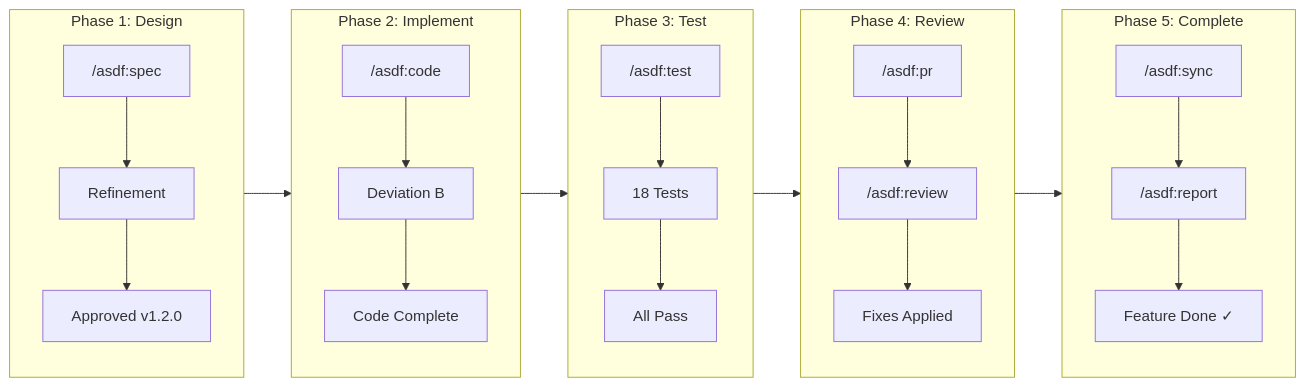
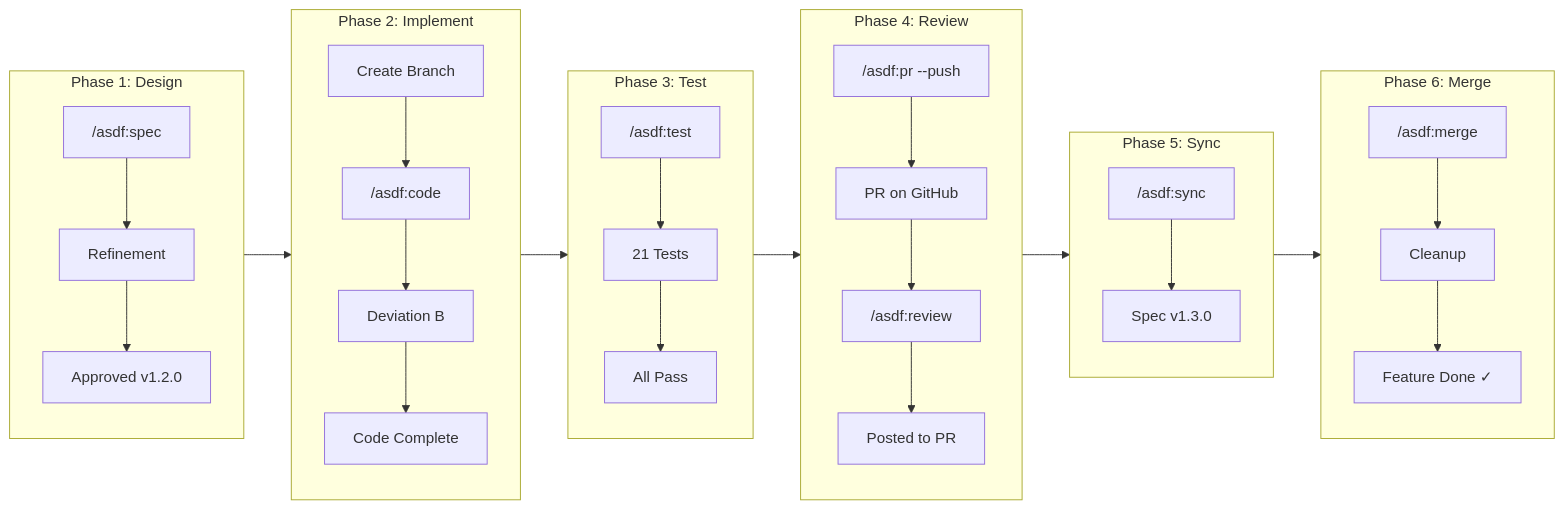
Before and after one commit to hoangtrung1801/claudekit-engineer: the diagram in astraler-sdlc/asdf-framework/case-studies/05-feature-lifecycle.md, drawn with Mermaid. The commit also changed other lines of this file and 20 other files, not shown here.

Commit message:
feat: Introduce `merge`, `config`, `guardian`, and `version` commands, update command flows, agent definitions, and case studies for enhanced Git and pipeline workflows.

````diff
--- a/astraler-sdlc/asdf-framework/case-studies/05-feature-lifecycle.md
+++ b/astraler-sdlc/asdf-framework/case-studies/05-feature-lifecycle.md
@@ -11,29 +11,35 @@
 ```mermaid
 flowchart LR
     subgraph Phase1["Phase 1: Design"]
         A["/asdf:spec"] --> B["Refinement"]
         B --> C["Approved v1.2.0"]
     end
 
     subgraph Phase2["Phase 2: Implement"]
-        D["/asdf:code"] --> E["Deviation B"]
-        E --> F["Code Complete"]
+        D["Create Branch"] --> E["/asdf:code"]
+        E --> F["Deviation B"]
+        F --> G["Code Complete"]
     end
 
     subgraph Phase3["Phase 3: Test"]
-        G["/asdf:test"] --> H["18 Tests"]
-        H --> I["All Pass"]
+        H["/asdf:test"] --> I["21 Tests"]
+        I --> J["All Pass"]
     end
 
     subgraph Phase4["Phase 4: Review"]
-        J["/asdf:pr"] --> K["/asdf:review"]
-        K --> L["Fixes Applied"]
+        K["/asdf:pr --push"] --> L["PR on GitHub"]
+        L --> M["/asdf:review"]
+        M --> N["Posted to PR"]
     end
 
-    subgraph Phase5["Phase 5: Complete"]
-        M["/asdf:sync"] --> N["/asdf:report"]
-        N --> O["Feature Done ✓"]
+    subgraph Phase5["Phase 5: Sync"]
+        O["/asdf:sync"] --> P["Spec v1.3.0"]
     end
 
-    Phase1 --> Phase2 --> Phase3 --> Phase4 --> Phase5
+    subgraph Phase6["Phase 6: Merge"]
+        Q["/asdf:merge"] --> R["Cleanup"]
+        R --> S["Feature Done ✓"]
+    end
+
+    Phase1 --> Phase2 --> Phase3 --> Phase4 --> Phase5 --> Phase6
 ```
````
